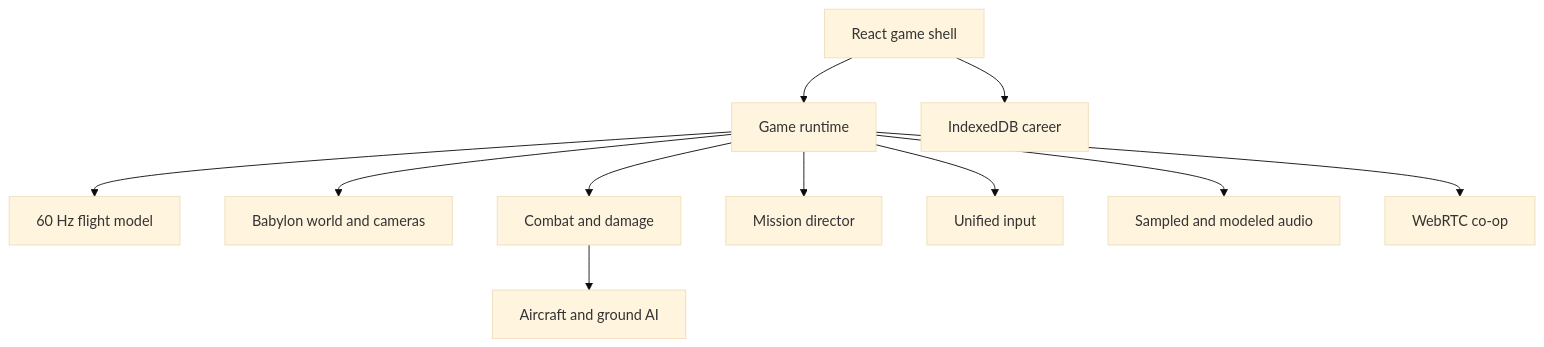
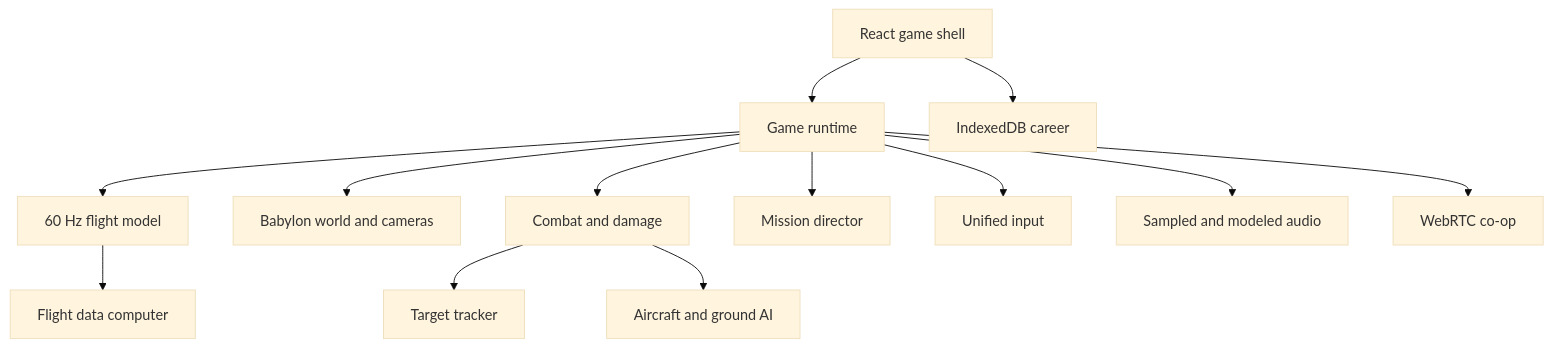
The diagram in docs/ARCHITECTURE.md (simlexx-k/rotorfrontier), drawn with Mermaid (base theme) before and after one commit. The commit also changed other lines of this file and 14 other files, not shown here.

Commit message:
Implement sensor target tracking and flight data avionics

````diff
--- a/docs/ARCHITECTURE.md
+++ b/docs/ARCHITECTURE.md
@@ -7,13 +7,15 @@
 ```mermaid
 flowchart TD
   Shell[React game shell] --> Runtime[Game runtime]
   Runtime --> Flight[60 Hz flight model]
+  Flight --> FDC[Flight data computer]
   Runtime --> World[Babylon world and cameras]
   Runtime --> Combat[Combat and damage]
+  Combat --> Sensor[Target tracker]
   Runtime --> Director[Mission director]
   Runtime --> Input[Unified input]
   Runtime --> Audio[Sampled and modeled audio]
   Runtime --> Net[WebRTC co-op]
   Shell --> Career[IndexedDB career]
   Combat --> AI[Aircraft and ground AI]
 ```
````
